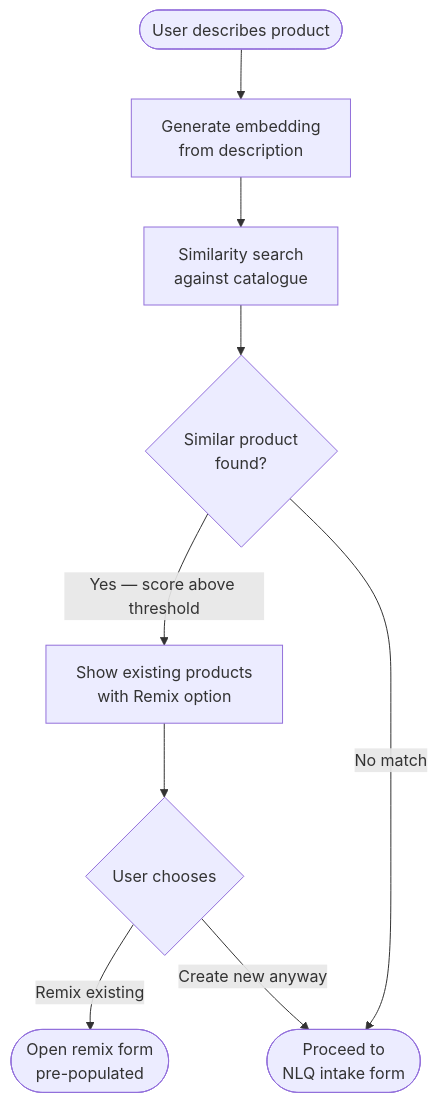
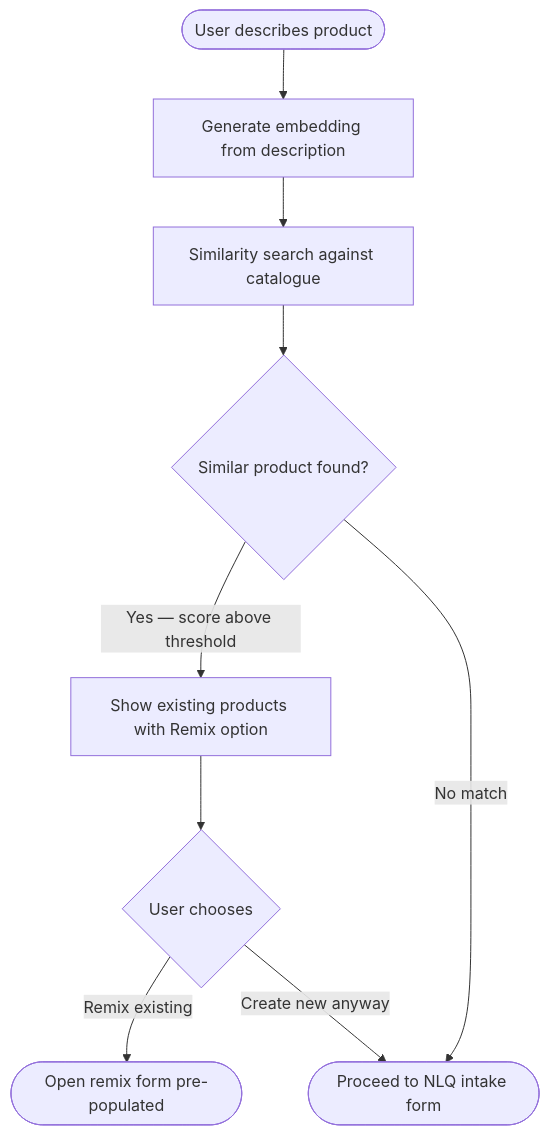
The third of 4 diagrams in ROADMAP.md (vm799/data-product-concierge), drawn with Mermaid before and after one commit. The commit also changed other lines of this file and 1 other file, not shown here.

````diff
--- a/ROADMAP.md
+++ b/ROADMAP.md
@@ -245,11 +235,11 @@
 ```mermaid
 flowchart TD
-    A([User describes product]) --> B[Generate embedding\nfrom description]
-    B --> C[Similarity search\nagainst catalogue]
-    C --> D{Similar product\nfound?}
-    D -->|Yes — score above threshold| E[Show existing products\nwith Remix option]
+    A([User describes product]) --> B[Generate embedding from description]
+    B --> C[Similarity search against catalogue]
+    C --> D{Similar product found?}
+    D -->|Yes — score above threshold| E[Show existing products with Remix option]
     E --> F{User chooses}
-    F -->|Remix existing| G([Open remix form\npre-populated])
-    F -->|Create new anyway| H([Proceed to\nNLQ intake form])
+    F -->|Remix existing| G([Open remix form pre-populated])
+    F -->|Create new anyway| H([Proceed to NLQ intake form])
     D -->|No match| H
 ```
````
